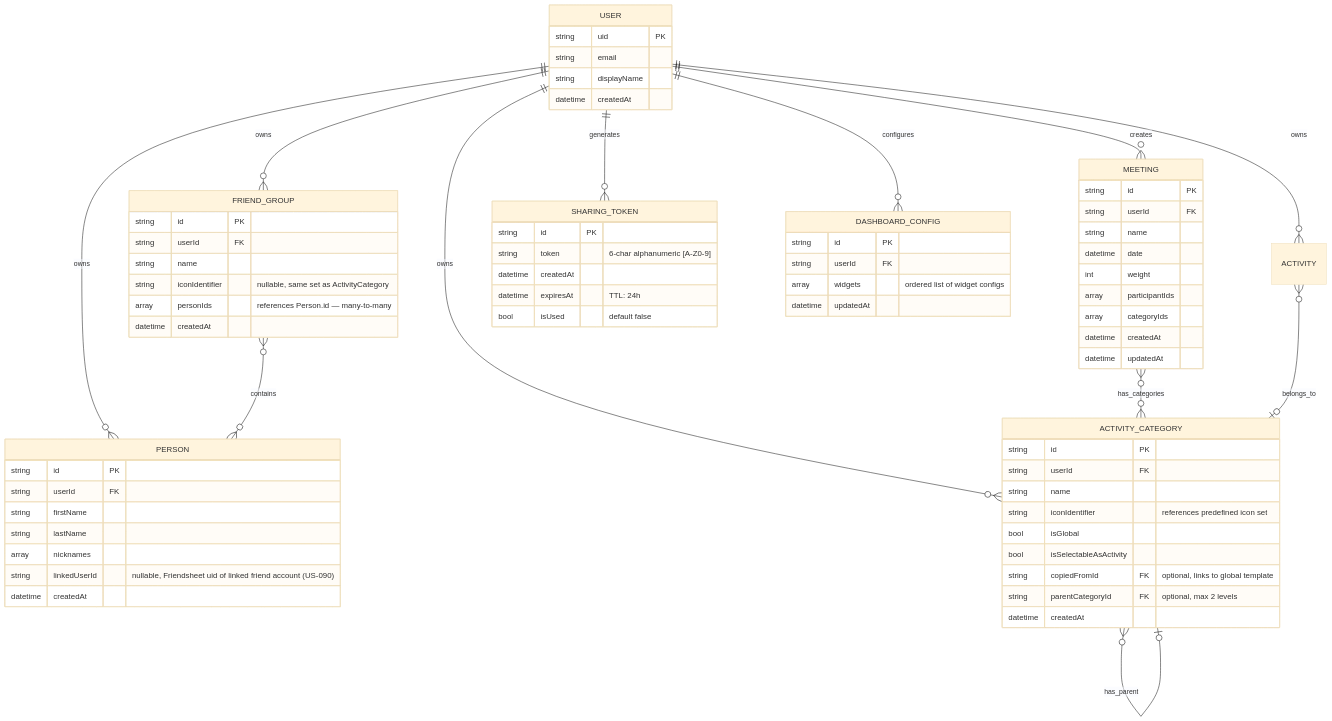
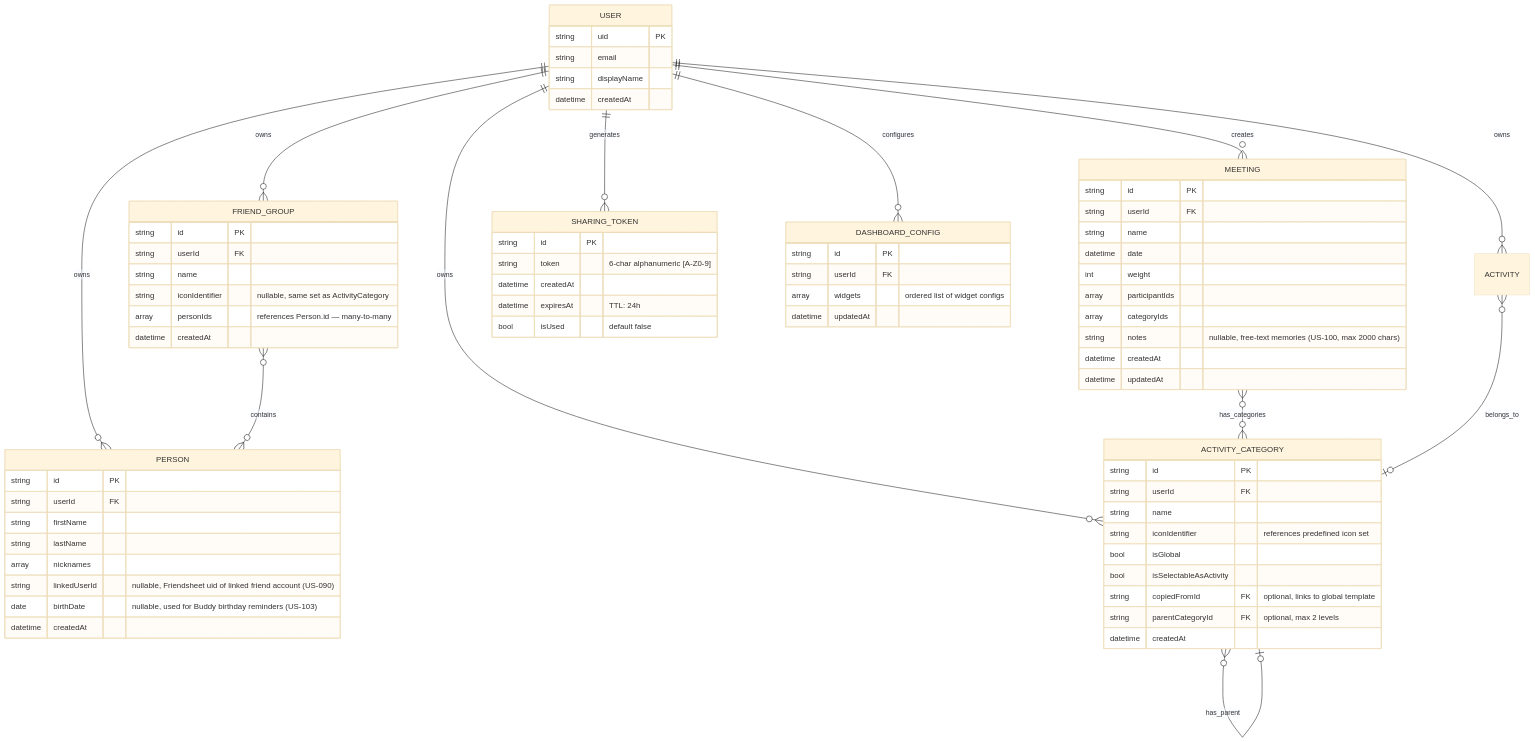
Before and after one commit to aleksanderginalski/Friendsheet-App: the second of 5 diagrams in docs/architecture.md, drawn with Mermaid (base theme). The commit also changed other lines of this file and 5 other files, not shown here.

````diff
--- a/docs/architecture.md
+++ b/docs/architecture.md
@@ -51,79 +51,81 @@
 ```mermaid
 erDiagram
     USER ||--o{ MEETING : creates
     USER ||--o{ PERSON : owns
     USER ||--o{ ACTIVITY : owns
     USER ||--o{ ACTIVITY_CATEGORY : owns
     USER ||--o{ FRIEND_GROUP : owns
     USER ||--o{ SHARING_TOKEN : generates
     USER ||--o{ DASHBOARD_CONFIG : configures
     MEETING }o--o{ ACTIVITY_CATEGORY : has_categories
     ACTIVITY }o--o| ACTIVITY_CATEGORY : belongs_to
     ACTIVITY_CATEGORY }o--o| ACTIVITY_CATEGORY : has_parent
     FRIEND_GROUP }o--o{ PERSON : contains
 
     USER {
         string uid PK
         string email
         string displayName
         datetime createdAt
     }
     
     MEETING {
         string id PK
         string userId FK
         string name
         datetime date
         int weight
         array participantIds
         array categoryIds
+        string notes "nullable, free-text memories (US-100, max 2000 chars)"
         datetime createdAt
         datetime updatedAt
     }
     
     PERSON {
         string id PK
         string userId FK
         string firstName
         string lastName
         array nicknames
         string linkedUserId "nullable, Friendsheet uid of linked friend account (US-090)"
+        date birthDate "nullable, used for Buddy birthday reminders (US-103)"
         datetime createdAt
     }
     
     FRIEND_GROUP {
         string id PK
         string userId FK
         string name
         string iconIdentifier "nullable, same set as ActivityCategory"
         array personIds "references Person.id — many-to-many"
         datetime createdAt
     }
     
     ACTIVITY_CATEGORY {
         string id PK
         string userId FK
         string name
         string iconIdentifier "references predefined icon set"
         bool isGlobal
         bool isSelectableAsActivity
         string copiedFromId FK "optional, links to global template"
         string parentCategoryId FK "optional, max 2 levels"
         datetime createdAt
     }
 
     SHARING_TOKEN {
         string id PK
         string token "6-char alphanumeric [A-Z0-9]"
         datetime createdAt
         datetime expiresAt "TTL: 24h"
         bool isUsed "default false"
     }
 
     DASHBOARD_CONFIG {
         string id PK
         string userId FK
         array widgets "ordered list of widget configs"
         datetime updatedAt
     }
 ```
````
